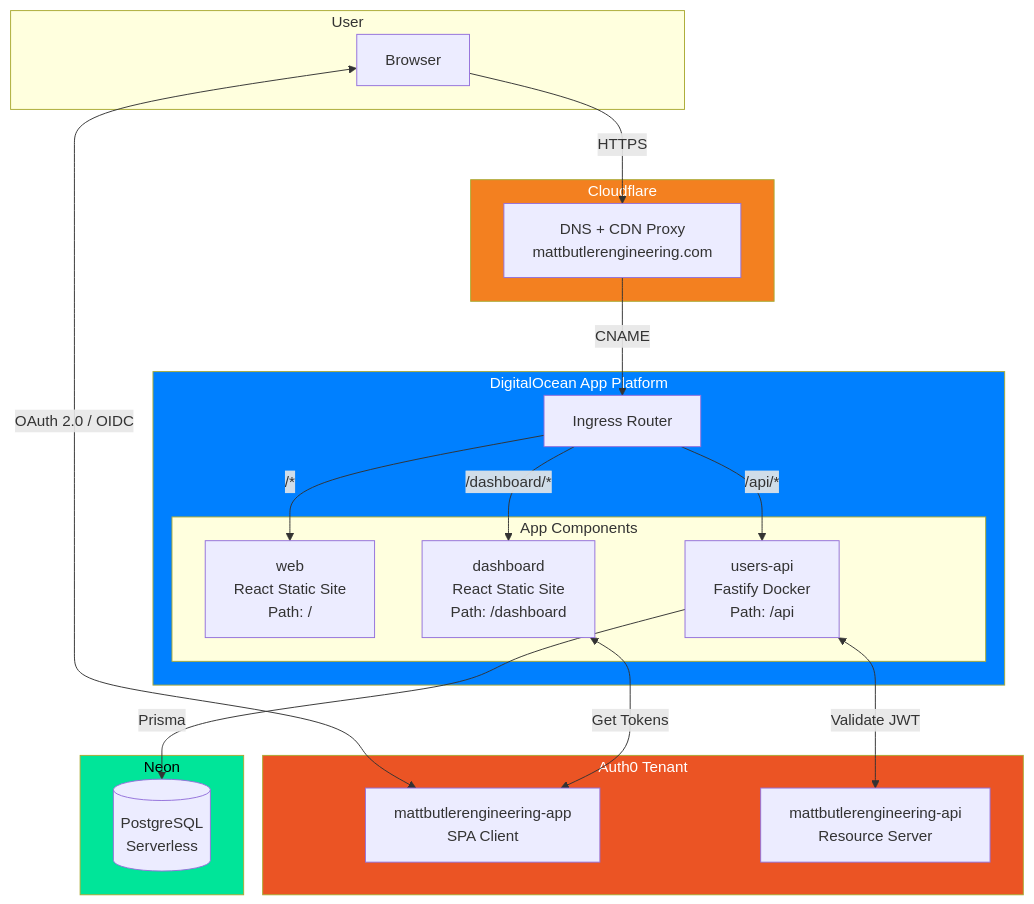
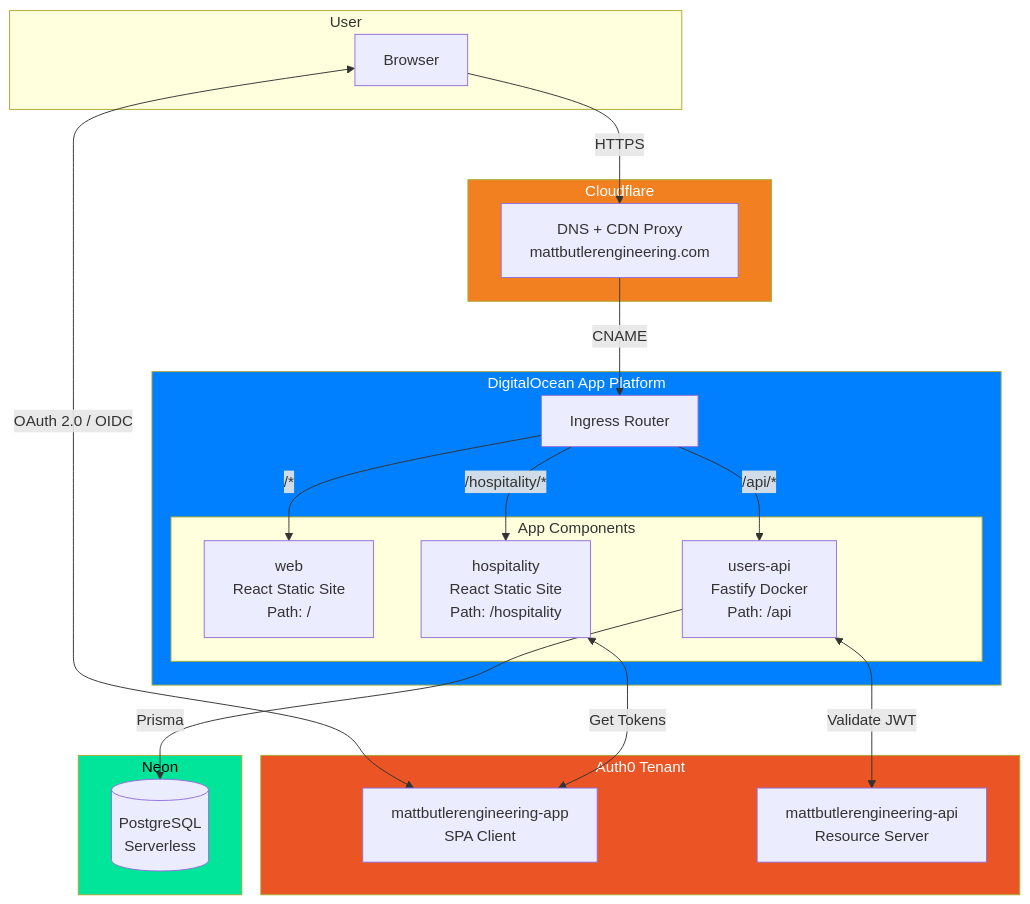
The first of 5 diagrams in docs/ARCHITECTURE.md (mattbutlerengineering/mattbutlerengineering), drawn with Mermaid before and after one commit. The commit also changed other lines of this file and 2 other files, not shown here.

First line of the commit message:
docs(02-02): update primary project docs for dashboard→hospitality rename

````diff
--- a/docs/ARCHITECTURE.md
+++ b/docs/ARCHITECTURE.md
@@ -62,47 +62,47 @@
 ```mermaid
 flowchart TB
     subgraph User
         Browser[Browser]
     end
 
     subgraph Auth0[Auth0 Tenant]
         SPA[mattbutlerengineering-app<br/>SPA Client]
         API_RS[mattbutlerengineering-api<br/>Resource Server]
     end
 
     subgraph Cloudflare[Cloudflare]
         DNS[DNS + CDN Proxy<br/>mattbutlerengineering.com]
     end
 
     subgraph Neon[Neon]
         DB[(PostgreSQL<br/>Serverless)]
     end
 
     subgraph DO[DigitalOcean App Platform]
         Ingress[Ingress Router]
 
         subgraph Components[App Components]
             Web[web<br/>React Static Site<br/>Path: /]
-            Dashboard[dashboard<br/>React Static Site<br/>Path: /dashboard]
+            Hospitality[hospitality<br/>React Static Site<br/>Path: /hospitality]
             UsersAPI[users-api<br/>Fastify Docker<br/>Path: /api]
         end
     end
 
     Browser -->|HTTPS| DNS
     DNS -->|CNAME| Ingress
 
     Ingress -->|"/*"| Web
-    Ingress -->|"/dashboard/*"| Dashboard
+    Ingress -->|"/hospitality/*"| Hospitality
     Ingress -->|"/api/*"| UsersAPI
 
     UsersAPI -->|Prisma| DB
 
     Browser <-->|OAuth 2.0 / OIDC| SPA
-    Dashboard <-->|Get Tokens| SPA
+    Hospitality <-->|Get Tokens| SPA
     UsersAPI <-->|Validate JWT| API_RS
 
     style Auth0 fill:#eb5424,color:#fff
     style Cloudflare fill:#f38020,color:#fff
     style DO fill:#0080ff,color:#fff
     style Neon fill:#00e599,color:#000
 ```
````
